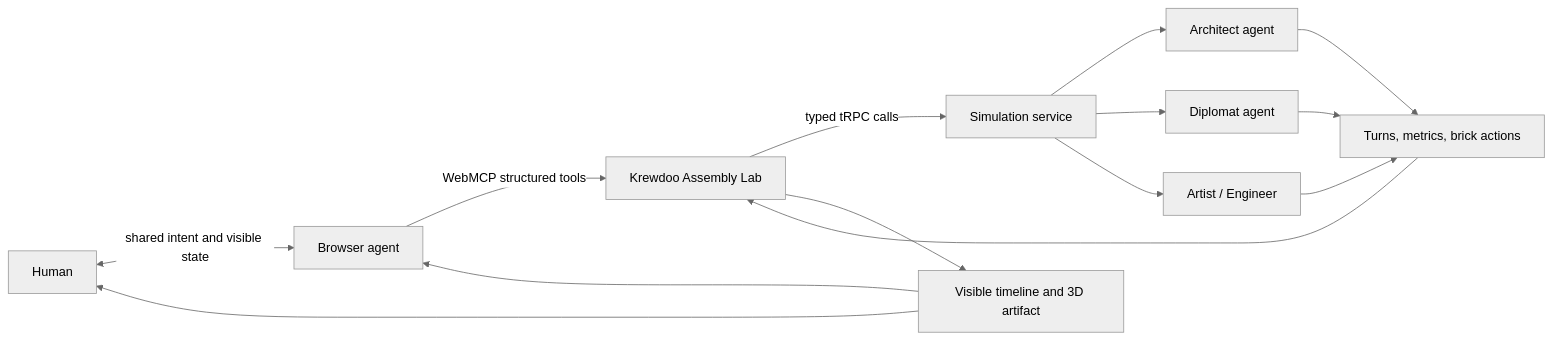
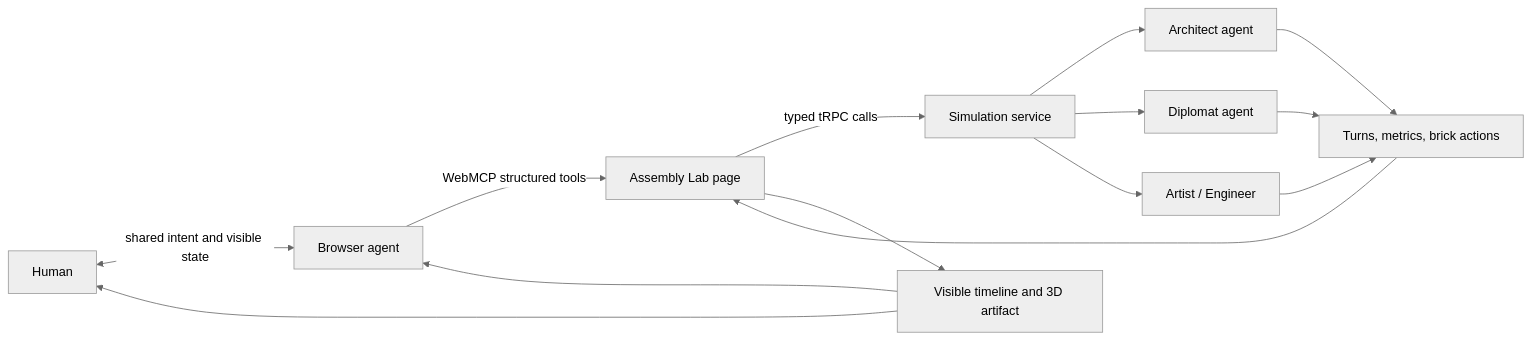
Before and after one commit to mlmrx/lego-claw-platform: the diagram in README.md, drawn with Mermaid (neutral theme). The commit also changed other lines of this file and 59 other files, not shown here.

````diff
--- a/README.md
+++ b/README.md
@@ -65,16 +65,16 @@
 ```mermaid
 flowchart LR
     H[Human] <-->|shared intent and visible state| B[Browser agent]
-    B -->|WebMCP structured tools| W[Krewdoo Assembly Lab]
+    B -->|WebMCP structured tools| W[Assembly Lab page]
     W -->|typed tRPC calls| S[Simulation service]
     S --> A1[Architect agent]
     S --> A2[Diplomat agent]
     S --> A3[Artist / Engineer]
     A1 --> R[Turns, metrics, brick actions]
     A2 --> R
     A3 --> R
     R --> W
     W --> V[Visible timeline and 3D artifact]
     V --> H
     V --> B
 ```
````
